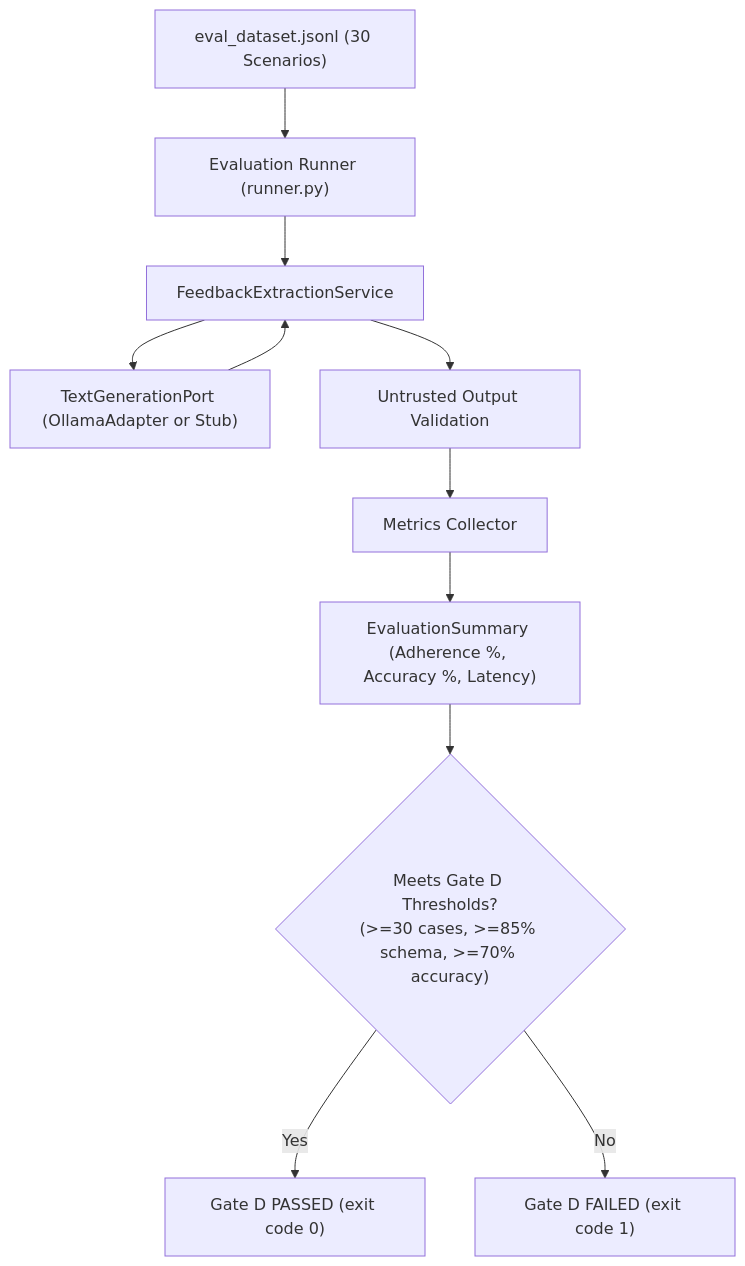
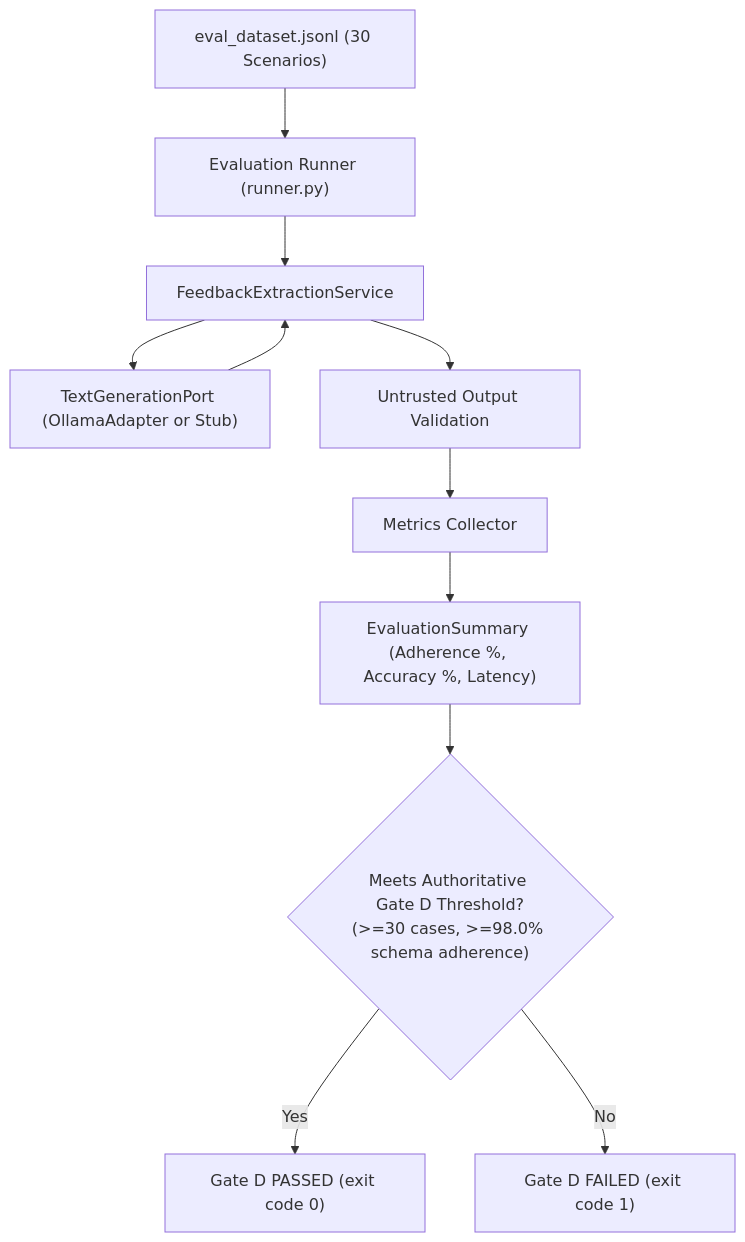
The diagram in examples/ai-evaluation/README.md (avadhut-kore/ai-application-architecture), drawn with Mermaid before and after one commit. The commit also changed other lines of this file and 13 other files, not shown here.

Commit message:
fix(ai-foundations): complete Phase 4.1 remediation on Gate D thresholds, dynamic test discovery, and exit codes

````diff
--- a/examples/ai-evaluation/README.md
+++ b/examples/ai-evaluation/README.md
@@ -32,13 +32,13 @@
 ```mermaid
 graph TD
     Dataset["eval_dataset.jsonl (30 Scenarios)"] --> Runner["Evaluation Runner (runner.py)"]
     Runner --> Service["FeedbackExtractionService"]
     Service --> Port["TextGenerationPort (OllamaAdapter or Stub)"]
     Port --> Service
     Service --> Validator["Untrusted Output Validation"]
     Validator --> Scorer["Metrics Collector"]
     Scorer --> Summary["EvaluationSummary (Adherence %, Accuracy %, Latency)"]
-    Summary --> GateCheck{"Meets Gate D Thresholds?\n(>=30 cases, >=85% schema, >=70% accuracy)"}
+    Summary --> GateCheck{"Meets Authoritative Gate D Threshold?\n(>=30 cases, >=98.0% schema adherence)"}
     GateCheck -->|Yes| Pass["Gate D PASSED (exit code 0)"]
     GateCheck -->|No| Fail["Gate D FAILED (exit code 1)"]
 ```
````
